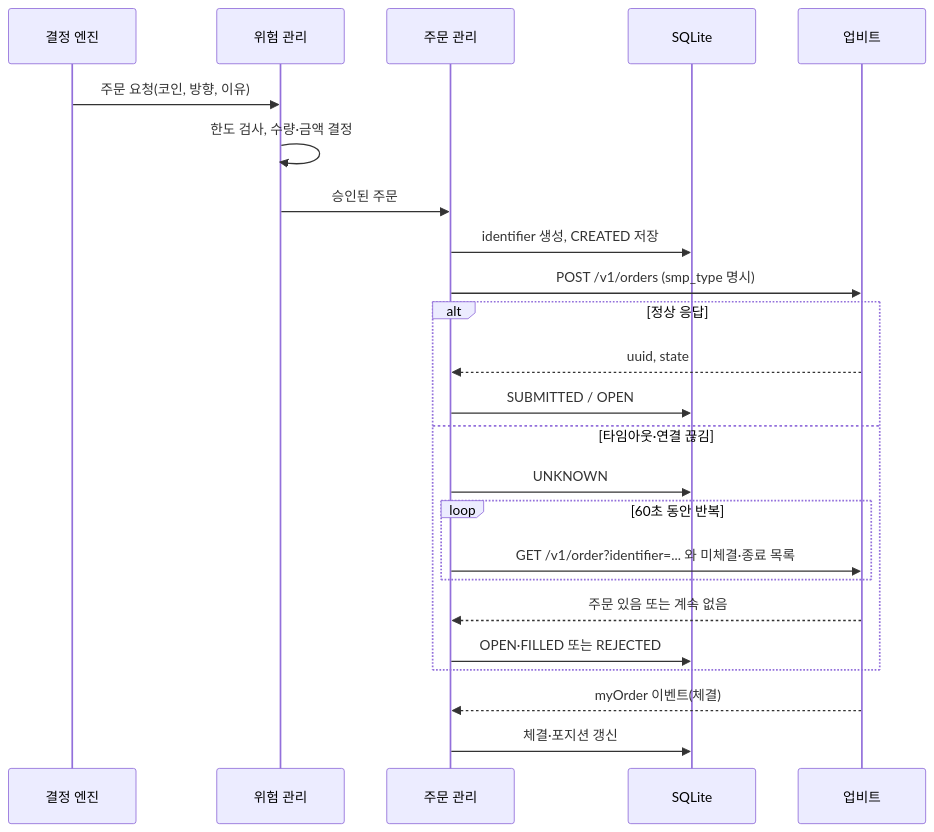
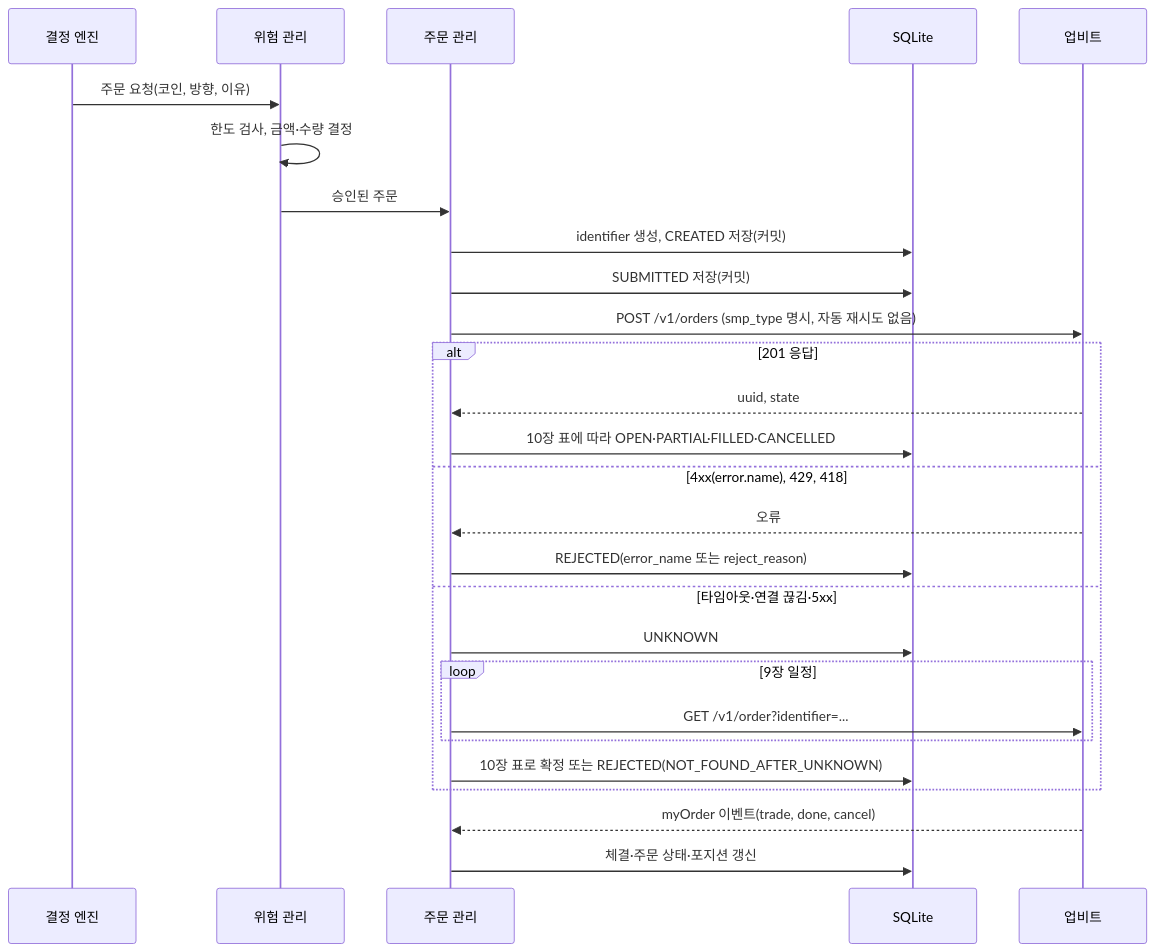
The second of 2 diagrams in docs/03-functional/trading-logic.md (khy920723/upbit-autotrader), drawn with Mermaid before and after one commit. The commit also changed other lines of this file and 26 other files, not shown here.

````diff
--- a/docs/03-functional/trading-logic.md
+++ b/docs/03-functional/trading-logic.md
@@ -72,26 +120,29 @@
 ```mermaid
 sequenceDiagram
     participant D as 결정 엔진
     participant R as 위험 관리
     participant O as 주문 관리
     participant DB as SQLite
     participant U as 업비트
     D->>R: 주문 요청(코인, 방향, 이유)
-    R->>R: 한도 검사, 수량·금액 결정
+    R->>R: 한도 검사, 금액·수량 결정
     R->>O: 승인된 주문
-    O->>DB: identifier 생성, CREATED 저장
-    O->>U: POST /v1/orders (smp_type 명시)
-    alt 정상 응답
+    O->>DB: identifier 생성, CREATED 저장(커밋)
+    O->>DB: SUBMITTED 저장(커밋)
+    O->>U: POST /v1/orders (smp_type 명시, 자동 재시도 없음)
+    alt 201 응답
         U-->>O: uuid, state
-        O->>DB: SUBMITTED / OPEN
-    else 타임아웃·연결 끊김
+        O->>DB: 10장 표에 따라 OPEN·PARTIAL·FILLED·CANCELLED
+    else 4xx(error.name), 429, 418
+        U-->>O: 오류
+        O->>DB: REJECTED(error_name 또는 reject_reason)
+    else 타임아웃·연결 끊김·5xx
         O->>DB: UNKNOWN
-        loop 60초 동안 반복
-            O->>U: GET /v1/order?identifier=... 와 미체결·종료 목록
+        loop 9장 일정
+            O->>U: GET /v1/order?identifier=...
         end
-        U-->>O: 주문 있음 또는 계속 없음
-        O->>DB: OPEN·FILLED 또는 REJECTED
+        O->>DB: 10장 표로 확정 또는 REJECTED(NOT_FOUND_AFTER_UNKNOWN)
     end
-    U-->>O: myOrder 이벤트(체결)
-    O->>DB: 체결·포지션 갱신
+    U-->>O: myOrder 이벤트(trade, done, cancel)
+    O->>DB: 체결·주문 상태·포지션 갱신
 ```
````
